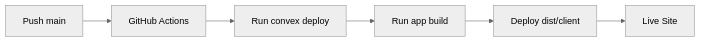
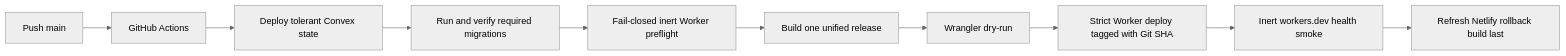
The diagram in docs/deployment.md (ndelangen/tanstack-start), drawn with Mermaid (neutral theme) before and after one commit. The commit also changed other lines of this file and 7 other files, not shown here.

Commit message:
Integrate inert Worker into production CI (#36)

````diff
--- a/docs/deployment.md
+++ b/docs/deployment.md
@@ -124,8 +145,12 @@
 ```mermaid
 flowchart LR
     Git[Push main] --> GHA[GitHub Actions]
-    GHA --> ConvexDeploy[Run convex deploy]
-    ConvexDeploy --> Build[Run app build]
-    Build --> NetlifyDeploy[Deploy dist/client]
-    NetlifyDeploy --> Live[Live Site]
+    GHA --> ConvexDeploy[Deploy tolerant Convex state]
+    ConvexDeploy --> Migrations[Run and verify required migrations]
+    Migrations --> Preflight[Fail-closed inert Worker preflight]
+    Preflight --> Build[Build one unified release]
+    Build --> DryRun[Wrangler dry-run]
+    DryRun --> WorkerDeploy[Strict Worker deploy tagged with Git SHA]
+    WorkerDeploy --> Smoke[Inert workers.dev health smoke]
+    Smoke --> NetlifyDeploy[Refresh Netlify rollback build last]
 ```
````
